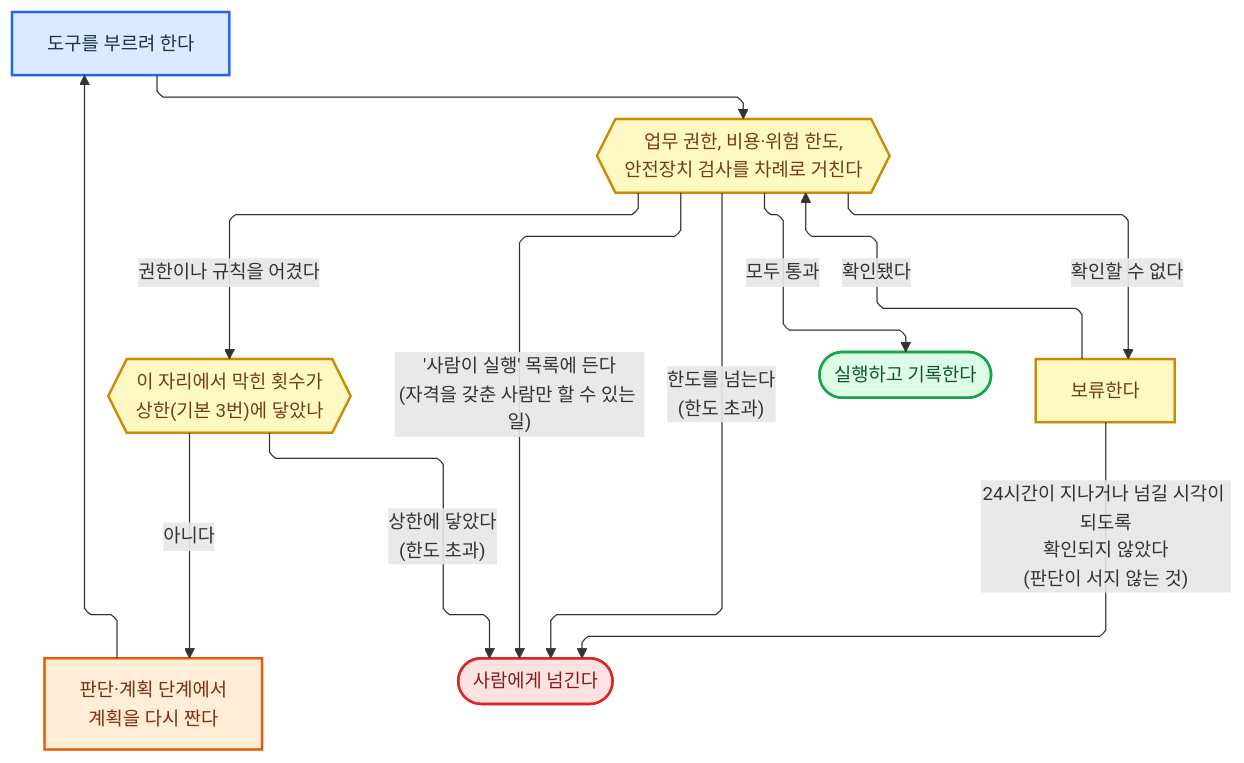
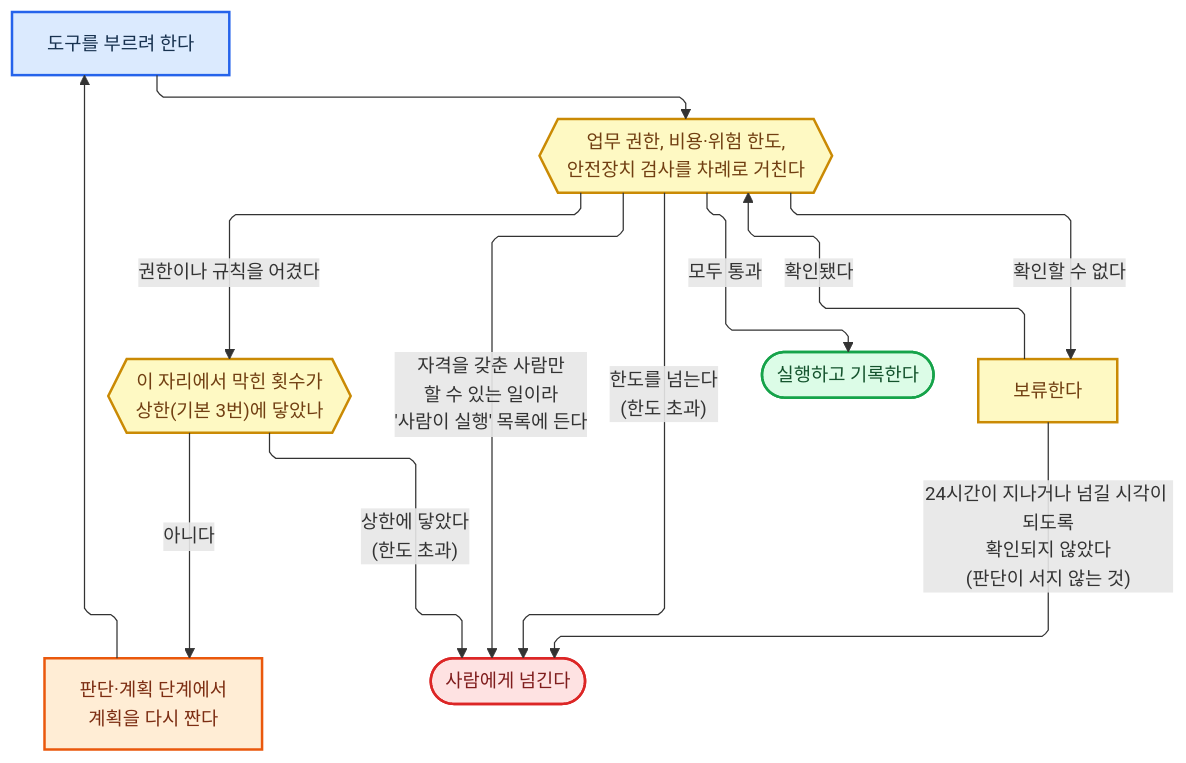
Diagram 11 of 24 in 전문가 에이전트 정의 2.md (harisbaguette/expert), drawn with Mermaid before and after one commit. The commit also changed other lines of this file and 1 other file, not shown here.

````diff
--- a/전문가 에이전트 정의 2.md
+++ b/전문가 에이전트 정의 2.md
@@ -2041,27 +1988,27 @@
 ```mermaid
 %%{init: {"flowchart":{"wrappingWidth":640,"curve":"linear","nodeSpacing":45,"rankSpacing":55,"padding":14,"useMaxWidth":true,"defaultRenderer":"elk"},"themeVariables":{"fontSize":"15px"},"layout":"elk","elk":{"mergeEdges":false,"nodePlacementStrategy":"NETWORK_SIMPLEX","keepEntryNodeOnTop":true,"considerModelOrder":"NODES_AND_EDGES","cycleBreakingStrategy":"DEPTH_FIRST"}} }%%
 flowchart TB
     CALL["도구를 부르려 한다"]:::main
     G{{"업무 권한, 비용·위험 한도,<br/>안전장치 검사를 차례로 거친다"}}:::note
     RE["판단·계획 단계에서<br/>계획을 다시 짠다"]:::back
     B{{"이 자리에서 막힌 횟수가<br/>상한(기본 3번)에 닿았나"}}:::note
     RUN(["실행하고 기록한다"]):::good
     HOLD["보류한다"]:::note
     HUM(["사람에게 넘긴다"]):::stop
     RE --> CALL
     G -- "권한이나 규칙을 어겼다" --> B
     B -- "아니다" --> RE
-    G -- "'사람이 실행' 목록에 든다<br/>(자격을 갖춘 사람만 할 수 있는 일)" --> HUM
+    G -- "자격을 갖춘 사람만<br/>할 수 있는 일이라<br/>'사람이 실행' 목록에 든다" --> HUM
     HOLD -- "24시간이 지나거나 넘길 시각이 되도록<br/>확인되지 않았다<br/>(판단이 서지 않는 것)" --> HUM
     HOLD -- "확인됐다" --> G
     G -- "한도를 넘는다<br/>(한도 초과)" --> HUM
     G -- "확인할 수 없다" --> HOLD
     B -- "상한에 닿았다<br/>(한도 초과)" --> HUM
     G -- "모두 통과" --> RUN
     CALL --> G
     classDef main fill:#dbeafe,stroke:#2563eb,stroke-width:2px,color:#17314f
     classDef stop fill:#fee2e2,stroke:#dc2626,stroke-width:2px,color:#7f1d1d
     classDef back fill:#ffedd5,stroke:#ea580c,stroke-width:2px,color:#7c2d12
     classDef good fill:#dcfce7,stroke:#16a34a,stroke-width:2px,color:#14532d
     classDef note fill:#fef9c3,stroke:#ca8a04,stroke-width:2px,color:#713f12
 ```
````
